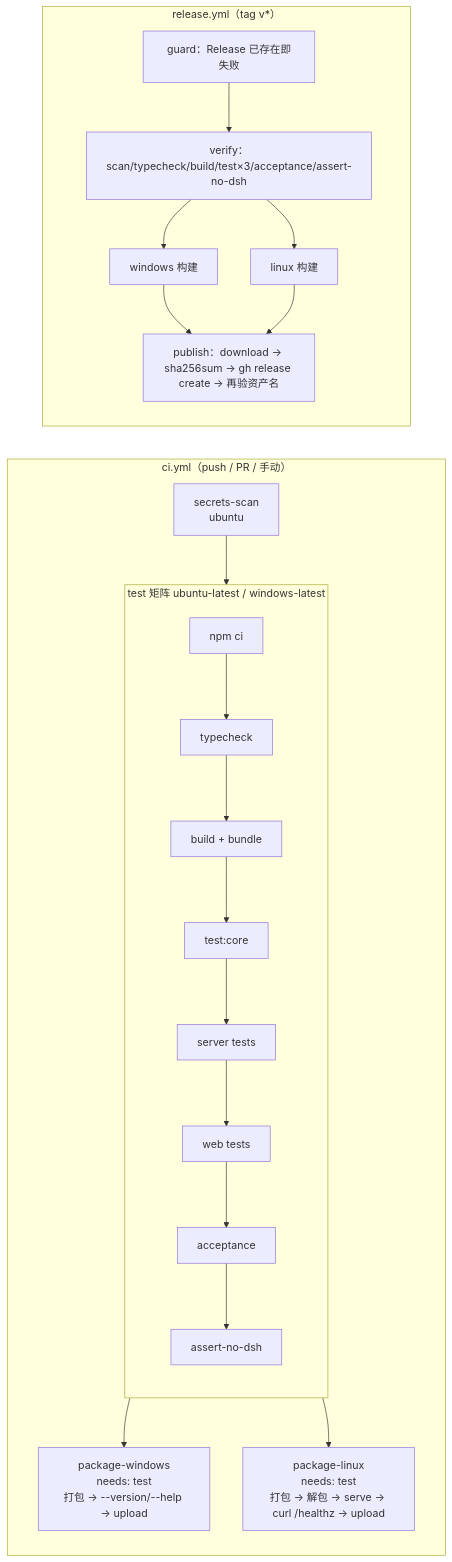
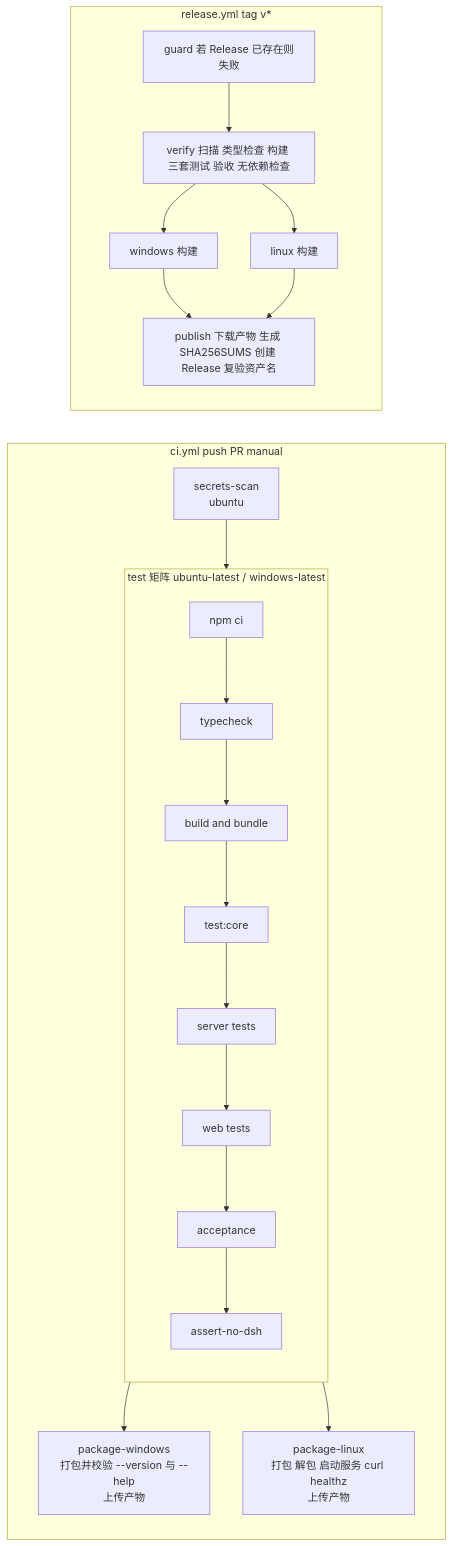
Before and after one commit to alicia1030su/ai-debate: the fourth of 4 diagrams in docs/architecture.md, drawn with Mermaid. The commit also changed other lines of this file and 17 other files, not shown here.

````diff
--- a/docs/architecture.md
+++ b/docs/architecture.md
@@ -734,17 +739,17 @@
 ```mermaid
 graph LR
-  subgraph CI["ci.yml（push / PR / 手动）"]
+  subgraph CI["ci.yml push PR manual"]
     S[secrets-scan<br/>ubuntu] --> T
     subgraph T["test 矩阵 ubuntu-latest / windows-latest"]
       direction TB
-      T1[npm ci] --> T2[typecheck] --> T3[build + bundle] --> T4[test:core] --> T5[server tests] --> T6[web tests] --> T7[acceptance] --> T8[assert-no-dsh]
+      T1[npm ci] --> T2[typecheck] --> T3[build and bundle] --> T4[test:core] --> T5[server tests] --> T6[web tests] --> T7[acceptance] --> T8[assert-no-dsh]
     end
-    T --> W[package-windows<br/>needs: test<br/>打包 → --version/--help → upload]
-    T --> L[package-linux<br/>needs: test<br/>打包 → 解包 → serve → curl /healthz → upload]
+    T --> W[package-windows<br/>打包并校验 --version 与 --help<br/>上传产物]
+    T --> L[package-linux<br/>打包 解包 启动服务 curl healthz<br/>上传产物]
   end
-  subgraph REL["release.yml（tag v*）"]
-    G[guard：Release 已存在即失败] --> V[verify：scan/typecheck/build/test×3/acceptance/assert-no-dsh]
+  subgraph REL["release.yml tag v*"]
+    G[guard 若 Release 已存在则失败] --> V[verify 扫描 类型检查 构建 三套测试 验收 无依赖检查]
     V --> RW[windows 构建] & RL[linux 构建]
-    RW & RL --> P[publish：download → sha256sum → gh release create → 再验资产名]
+    RW & RL --> P[publish 下载产物 生成 SHA256SUMS 创建 Release 复验资产名]
   end
 ```
````
